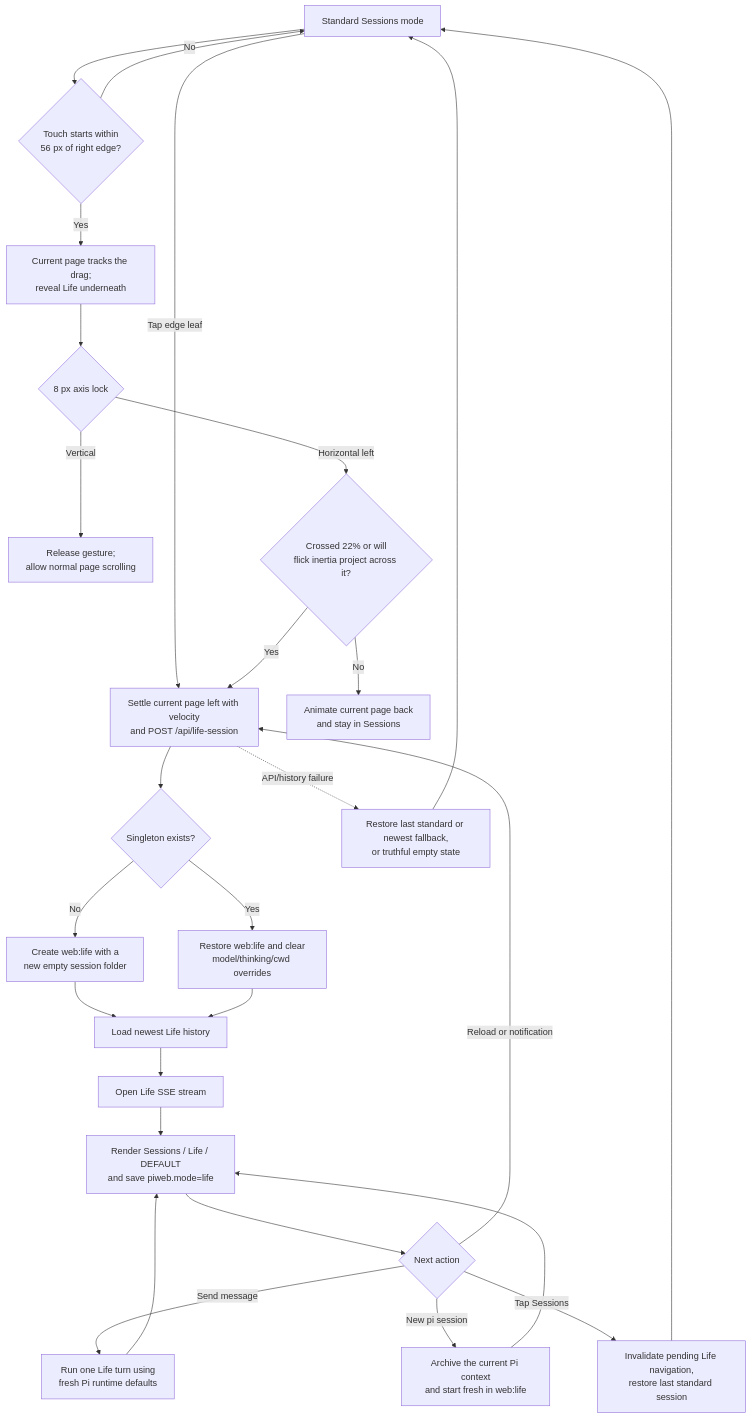
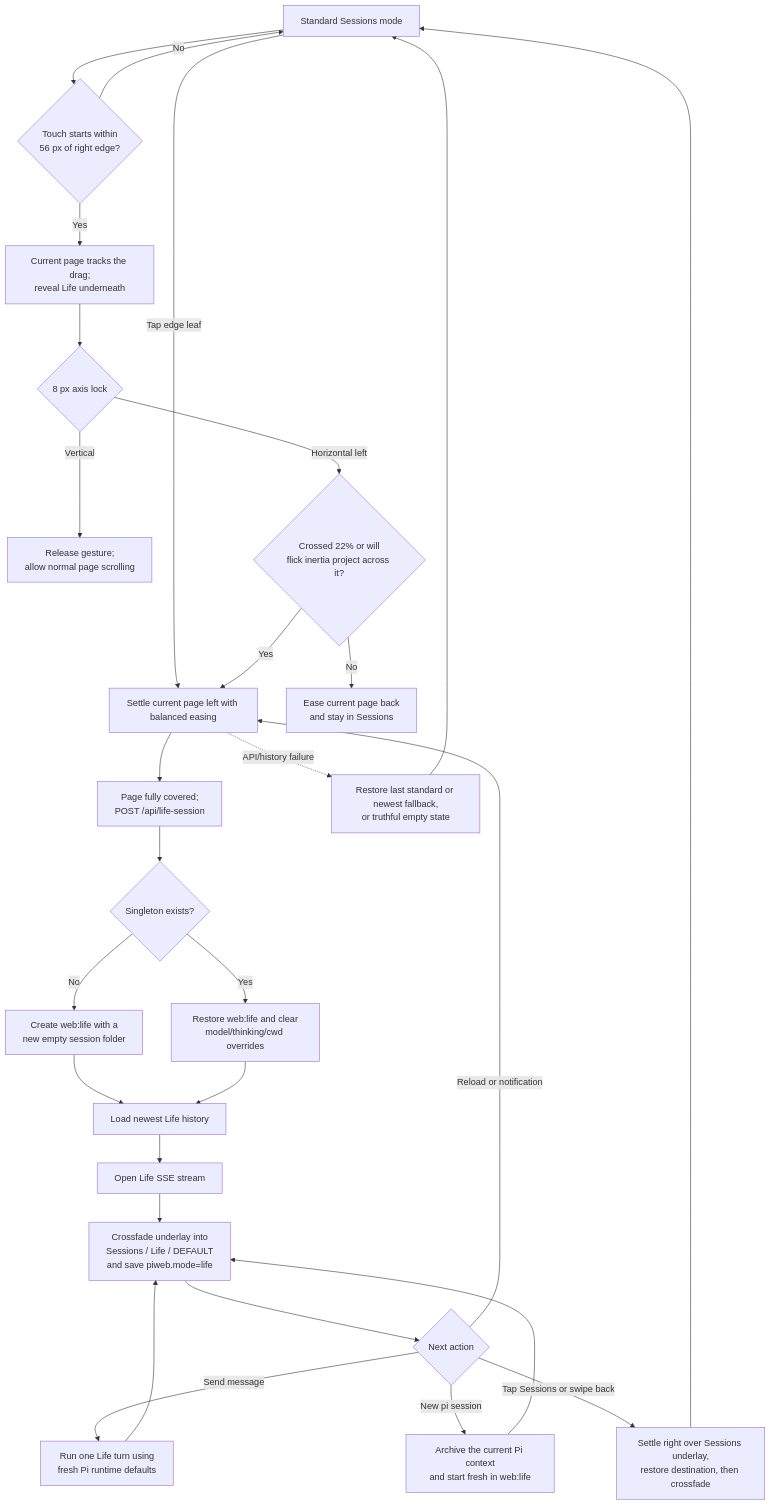
Before and after one commit to AyaSakura-comp/piweb: the first of 5 diagrams in docs/life-mode.md, drawn with Mermaid. The commit also changed other lines of this file and 6 other files, not shown here.

Commit message:
[verified] Smooth Life page transitions

````diff
--- a/docs/life-mode.md
+++ b/docs/life-mode.md
@@ -57,29 +66,30 @@
 ```mermaid
 flowchart TD
     A[Standard Sessions mode] --> B{Touch starts within<br/>56 px of right edge?}
     A -- Tap edge leaf --> H
     B -- No --> A
     B -- Yes --> C[Current page tracks the drag;<br/>reveal Life underneath]
     C --> D{8 px axis lock}
     D -- Vertical --> E[Release gesture;<br/>allow normal page scrolling]
     D -- Horizontal left --> F{Crossed 22% or will<br/>flick inertia project across it?}
-    F -- No --> G[Animate current page back<br/>and stay in Sessions]
-    F -- Yes --> H[Settle current page left with velocity<br/>and POST /api/life-session]
-    H --> I{Singleton exists?}
+    F -- No --> G[Ease current page back<br/>and stay in Sessions]
+    F -- Yes --> H[Settle current page left with balanced easing]
+    H --> H2[Page fully covered;<br/>POST /api/life-session]
+    H2 --> I{Singleton exists?}
     I -- No --> J[Create web:life with a<br/>new empty session folder]
     I -- Yes --> K[Restore web:life and clear<br/>model/thinking/cwd overrides]
     J --> L[Load newest Life history]
     K --> L
     L --> M[Open Life SSE stream]
-    M --> N[Render Sessions / Life / DEFAULT<br/>and save piweb.mode=life]
+    M --> N[Crossfade underlay into<br/>Sessions / Life / DEFAULT<br/>and save piweb.mode=life]
     N --> O{Next action}
     O -- Send message --> P[Run one Life turn using<br/>fresh Pi runtime defaults]
     P --> N
     O -- New pi session --> S[Archive the current Pi context<br/>and start fresh in web:life]
     S --> N
     O -- Reload or notification --> H
-    O -- Tap Sessions --> Q[Invalidate pending Life navigation,<br/>restore last standard session]
+    O -- Tap Sessions or swipe back --> Q[Settle right over Sessions underlay,<br/>restore destination, then crossfade]
     Q --> A
     H -. API/history failure .-> R[Restore last standard or newest fallback,<br/>or truthful empty state]
     R --> A
 ```
````
